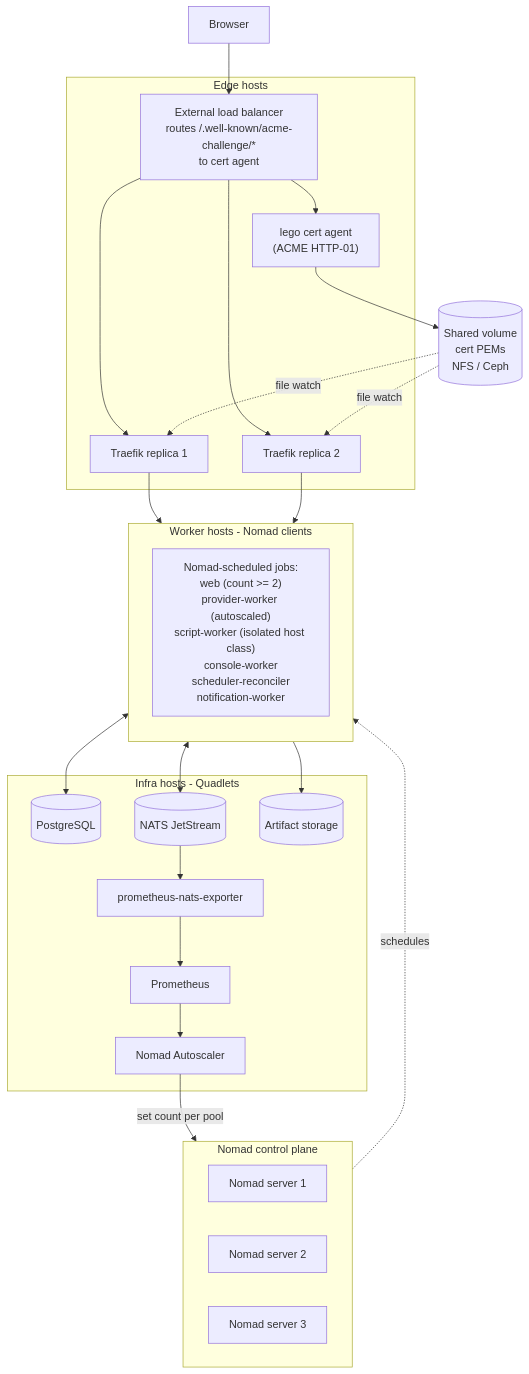
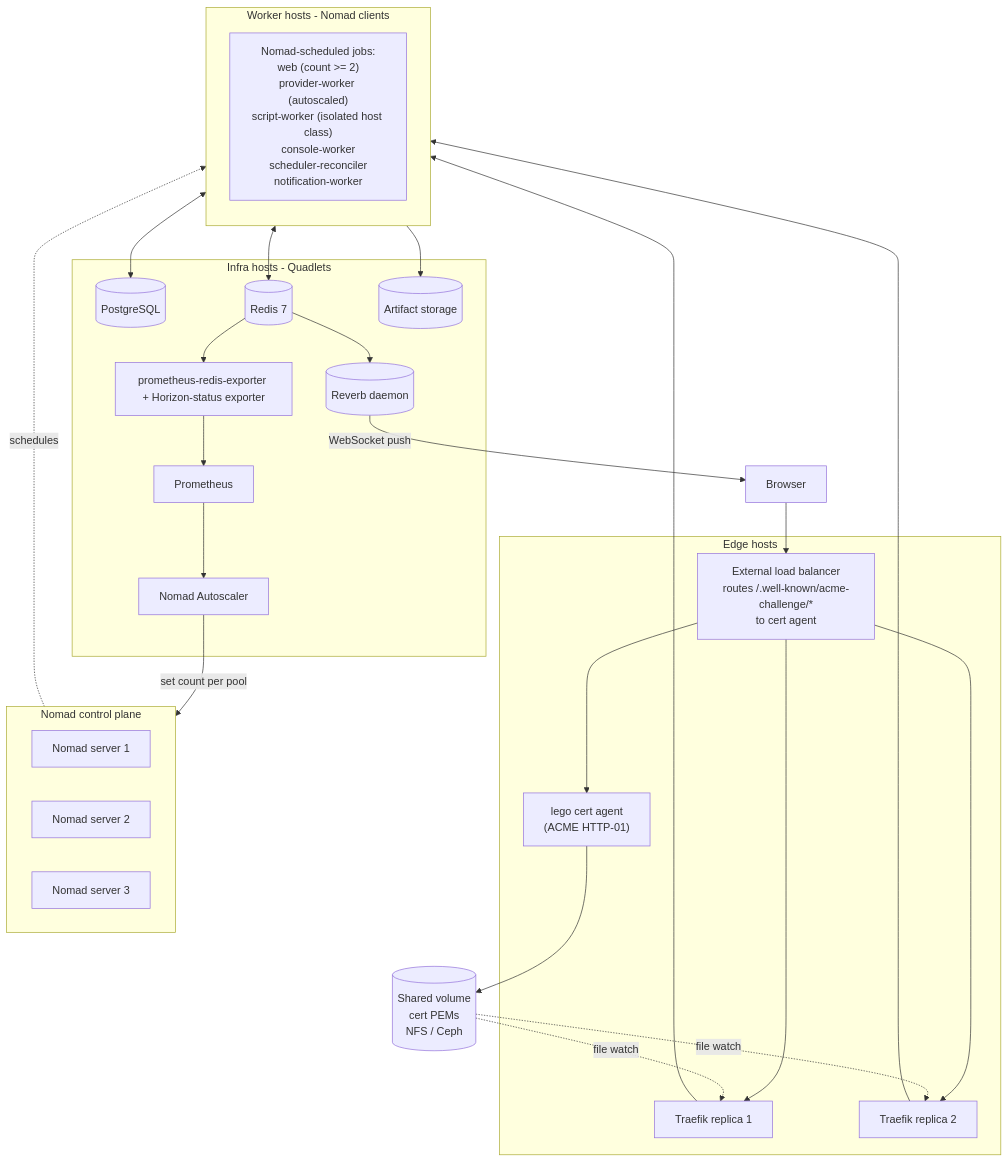
The fourth of 8 diagrams in docs/architecture/diagrams.md (cyberbalsa/racklab), drawn with Mermaid before and after one commit. The commit also changed other lines of this file and 24 other files, not shown here.

First line of the commit message:
docs: remove all NATS / NATS JetStream references — replaced by Redis + Reverb + Postgres outbox

````diff
--- a/docs/architecture/diagrams.md
+++ b/docs/architecture/diagrams.md
@@ -165,55 +171,58 @@
 ```mermaid
 graph TB
     User[Browser]
 
     subgraph Edge [Edge hosts]
         LB["External load balancer<br/>routes /.well-known/acme-challenge/*<br/>to cert agent"]
         T1[Traefik replica 1]
         T2[Traefik replica 2]
         CA["lego cert agent<br/>(ACME HTTP-01)"]
     end
 
     SharedPEMs[("Shared volume<br/>cert PEMs<br/>NFS / Ceph")]
 
     subgraph NomadCP [Nomad control plane]
         NS1[Nomad server 1]
         NS2[Nomad server 2]
         NS3[Nomad server 3]
     end
 
     subgraph WorkerHosts [Worker hosts - Nomad clients]
         direction TB
         Pool["Nomad-scheduled jobs:<br/>web (count >= 2)<br/>provider-worker (autoscaled)<br/>script-worker (isolated host class)<br/>console-worker<br/>scheduler-reconciler<br/>notification-worker"]
     end
 
     subgraph Infra [Infra hosts - Quadlets]
         PG[(PostgreSQL)]
-        NA[(NATS JetStream)]
+        RD[(Redis 7)]
+        RV[(Reverb daemon)]
         AS[(Artifact storage)]
         Prom[Prometheus]
-        Exp[prometheus-nats-exporter]
+        Exp[prometheus-redis-exporter + Horizon-status exporter]
         AutoS[Nomad Autoscaler]
     end
 
     User --> LB
     LB --> T1
     LB --> T2
     LB --> CA
     CA --> SharedPEMs
     SharedPEMs -. file watch .-> T1
     SharedPEMs -. file watch .-> T2
 
     T1 --> Pool
     T2 --> Pool
 
     Pool <--> PG
-    Pool <--> NA
+    Pool <--> RD
     Pool --> AS
+    RD --> RV
+    RV -- "WebSocket push" --> User
 
     NomadCP -. schedules .-> Pool
 
-    NA --> Exp
+    RD --> Exp
     Exp --> Prom
     Prom --> AutoS
     AutoS -- "set count per pool" --> NomadCP
 ```
````
